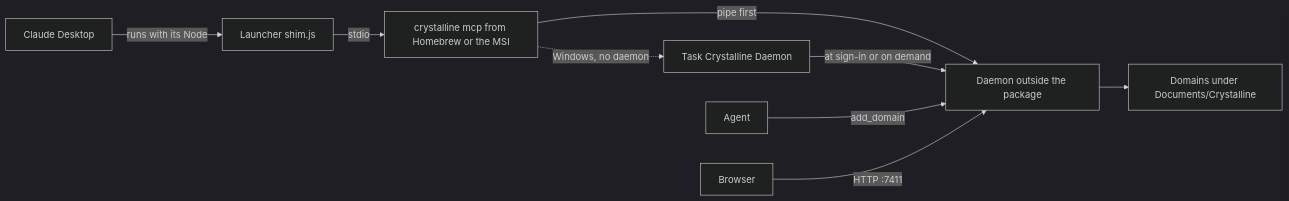
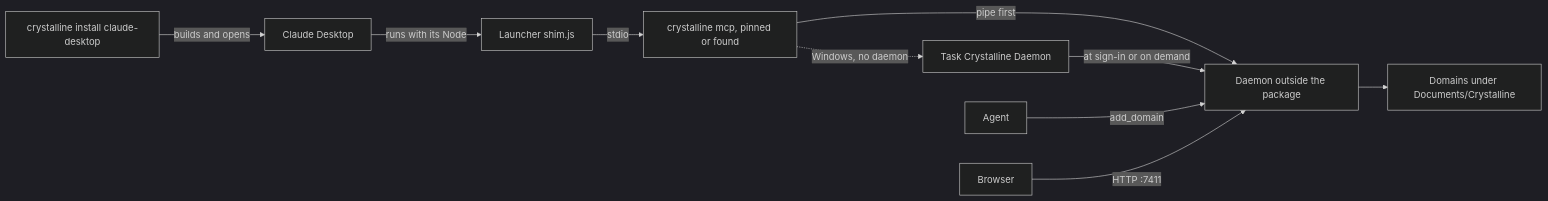
One commit to jordiboehme/crystalline changed the second of 20 diagrams in docs/deployment.md. Above: the diagram before and after it, drawn with Mermaid (dark theme). The commit also changed other lines of this file and 4 other files, not shown here.

Commit message:
docs: crystalline install claude-desktop replaces the downloaded extension

````diff
--- a/docs/deployment.md
+++ b/docs/deployment.md
@@ -38,11 +38,12 @@
 ```mermaid
 flowchart LR
-    CD[Claude Desktop] -->|runs with its Node| S[Launcher shim.js]
-    S -->|stdio| M[crystalline mcp from Homebrew or the MSI]
+    I[crystalline install claude-desktop] -->|builds and opens| CD[Claude Desktop]
+    CD -->|runs with its Node| S[Launcher shim.js]
+    S -->|stdio| M[crystalline mcp, pinned or found]
     M -->|pipe first| D[Daemon outside the package]
     M -.->|Windows, no daemon| T[Task Crystalline Daemon]
     T -->|at sign-in or on demand| D
     A[Agent] -->|add_domain| D
     D --> K[Domains under Documents/Crystalline]
     B[Browser] -->|HTTP :7411| D
 ```
````
